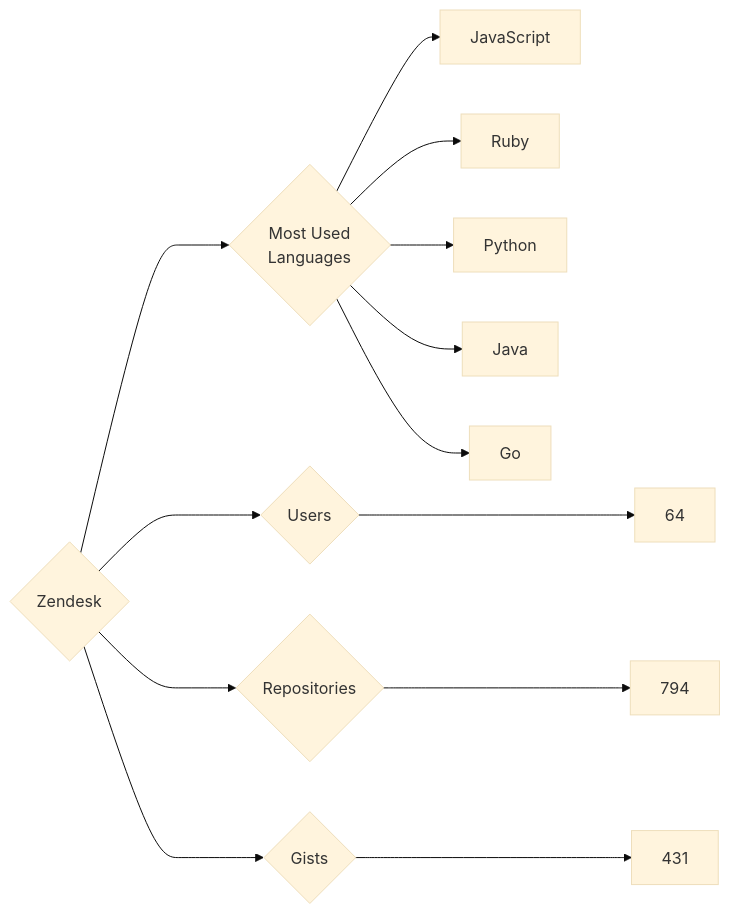
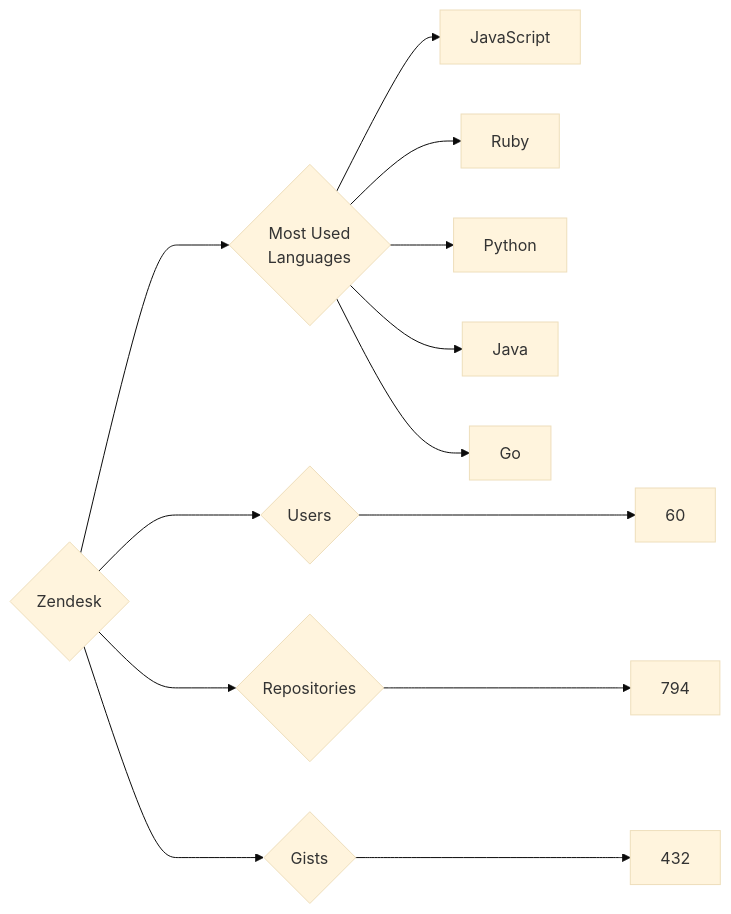
One commit to trickest/insiders changed the diagram in targets/Zendesk/README.md. Above: the diagram before and after it, drawn with Mermaid (base theme). The commit also changed 1484 other files, not shown here.

````diff
--- a/targets/Zendesk/README.md
+++ b/targets/Zendesk/README.md
@@ -3,13 +3,13 @@
 ```mermaid
 graph LR
 COMPANY_NAME{Zendesk}
-COMPANY_NAME ---> U{Users} ---> UN[64]
+COMPANY_NAME ---> U{Users} ---> UN[60]
 COMPANY_NAME ---> R{Repositories} ---> RN[794]
-COMPANY_NAME ---> G{Gists} ---> GN[431]
+COMPANY_NAME ---> G{Gists} ---> GN[432]
 COMPANY_NAME ---> ML{Most Used<br>Languages}
 ML --> JavaScript[JavaScript]
 ML --> Ruby[Ruby]
 ML --> Python[Python]
 ML --> Java[Java]
 ML --> Go[Go]
 ```
````
